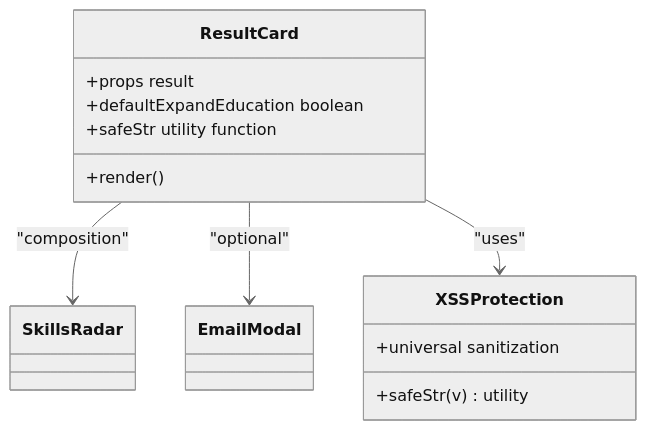
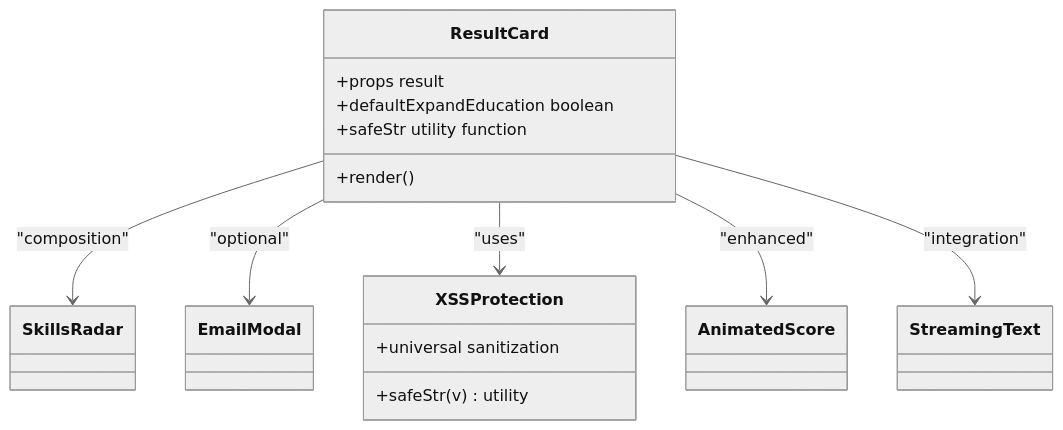
Diagram 34 of 45 in .qoder/repowiki/en/content/Frontend Architecture/Frontend Architecture.md (Revanththetalogics/aireume), drawn with Mermaid (neutral theme) before and after one commit. The commit also changed other lines of this file and 14 other files, not shown here.

````diff
--- a/.qoder/repowiki/en/content/Frontend Architecture/Frontend Architecture.md
+++ b/.qoder/repowiki/en/content/Frontend Architecture/Frontend Architecture.md
@@ -905,18 +1651,22 @@
 ```mermaid
 classDiagram
 class ResultCard {
 +props result
 +defaultExpandEducation boolean
 +safeStr utility function
 +render()
 }
 class SkillsRadar
 class EmailModal
 class XSSProtection {
 +safeStr(v) utility
 +universal sanitization
 }
+class AnimatedScore
+class StreamingText
 ResultCard --> SkillsRadar : "composition"
 ResultCard --> EmailModal : "optional"
 ResultCard --> XSSProtection : "uses"
+ResultCard --> AnimatedScore : "enhanced"
+ResultCard --> StreamingText : "integration"
 ```
````
